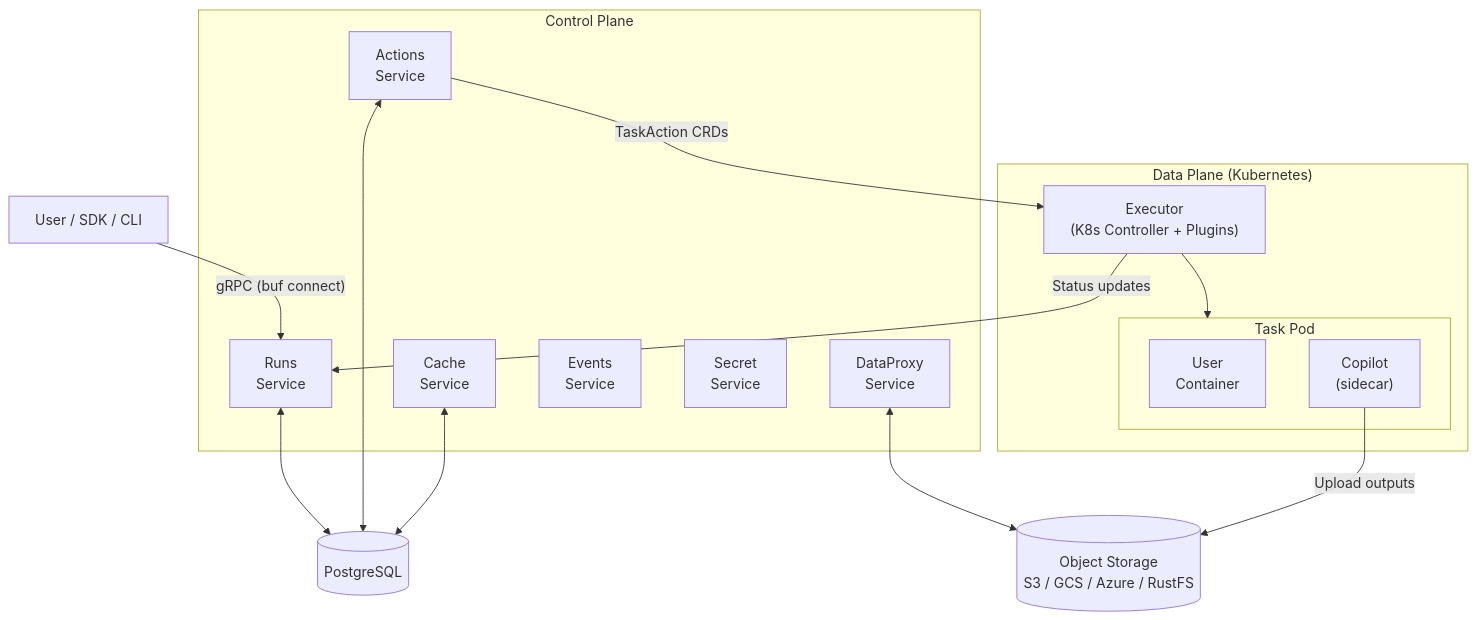
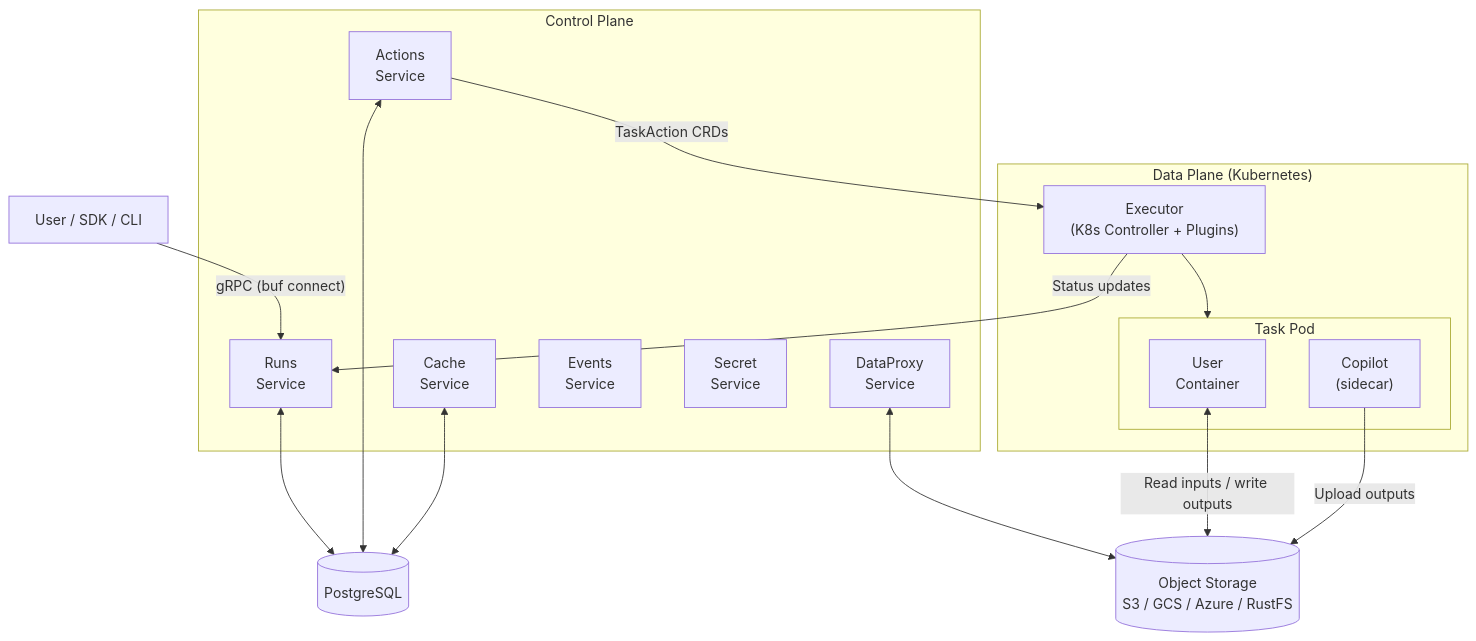
The first of 4 diagrams in docs/architecture.md (flyteorg/flyte), drawn with Mermaid before and after one commit. The commit also changed other lines of this file, not shown here.

Commit message:
Show user container reads/writes to object storage

````diff
--- a/docs/architecture.md
+++ b/docs/architecture.md
@@ -41,34 +41,35 @@
 ```mermaid
 flowchart TB
     Client["User / SDK / CLI"]
 
     subgraph ControlPlane["Control Plane"]
         Runs["Runs<br/>Service"]
         Actions["Actions<br/>Service"]
         DataProxy["DataProxy<br/>Service"]
         Cache["Cache<br/>Service"]
         Events["Events<br/>Service"]
         Secret["Secret<br/>Service"]
     end
 
     DB[("PostgreSQL")]
     Storage[("Object Storage<br/>S3 / GCS / Azure / RustFS")]
 
     subgraph DataPlane["Data Plane (Kubernetes)"]
         Executor["Executor<br/>(K8s Controller + Plugins)"]
         subgraph Pod["Task Pod"]
             User["User<br/>Container"]
             Copilot["Copilot<br/>(sidecar)"]
         end
     end
 
     Client -- "gRPC (buf connect)" --> Runs
     Runs <--> DB
     Actions <--> DB
     Cache <--> DB
     DataProxy <--> Storage
     Actions -- "TaskAction CRDs" --> Executor
     Executor --> Pod
+    User <-- "Read inputs / write outputs" --> Storage
     Copilot -- "Upload outputs" --> Storage
     Executor -- "Status updates" --> Runs
 ```
````
